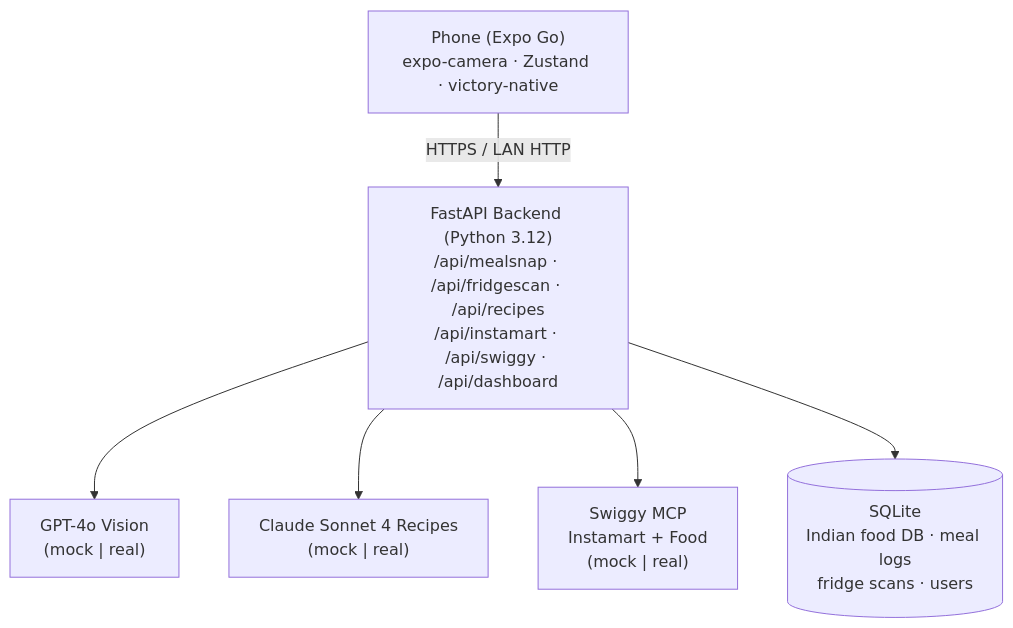
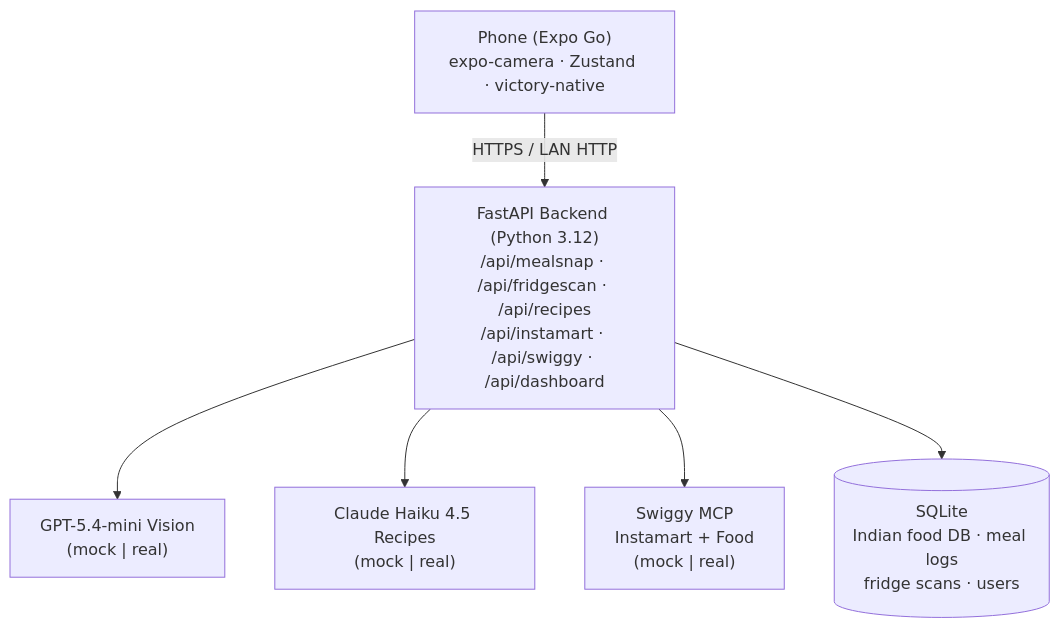
The third of 3 diagrams in README.md (AmaanBarmare/snapcal), drawn with Mermaid before and after one commit. The commit also changed other lines of this file and 7 other files, not shown here.

````diff
--- a/README.md
+++ b/README.md
@@ -139,15 +139,15 @@
 ```mermaid
 flowchart TD
     Phone["Phone (Expo Go)<br/>expo-camera · Zustand · victory-native"]
     BE["FastAPI Backend (Python 3.12)<br/>/api/mealsnap · /api/fridgescan · /api/recipes<br/>/api/instamart · /api/swiggy · /api/dashboard"]
-    Vis["GPT-4o Vision<br/>(mock | real)"]
-    Rec["Claude Sonnet 4 Recipes<br/>(mock | real)"]
+    Vis["GPT-5.4-mini Vision<br/>(mock | real)"]
+    Rec["Claude Haiku 4.5 Recipes<br/>(mock | real)"]
     MCP["Swiggy MCP<br/>Instamart + Food<br/>(mock | real)"]
     DB[("SQLite<br/>Indian food DB · meal logs<br/>fridge scans · users")]
 
     Phone -- HTTPS / LAN HTTP --> BE
     BE --> Vis
     BE --> Rec
     BE --> MCP
     BE --> DB
 ```
````
